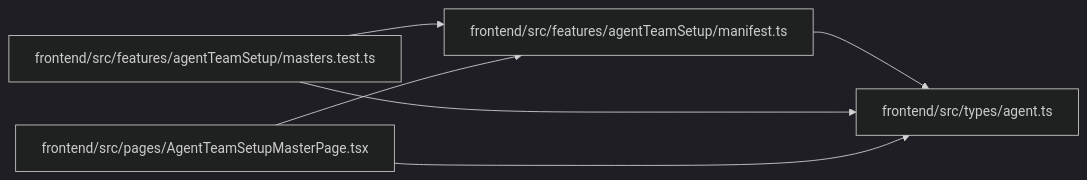
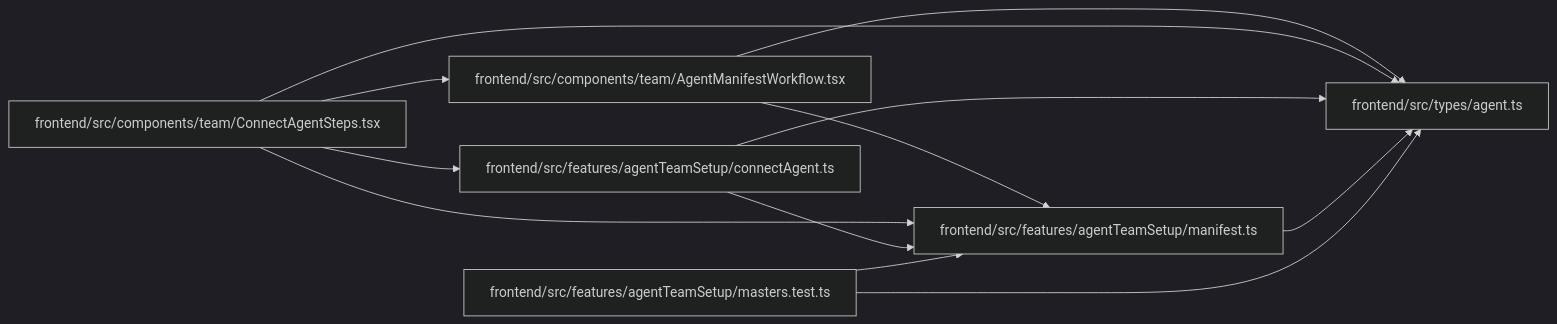
The diagram in docs/llm_wiki/modules/agentTeamSetup_manifest.md (Denissvgn/WorkChord), drawn with Mermaid (dark theme) before and after one commit. The commit also changed other lines of this file and 2373 other files, not shown here.

````diff
--- a/docs/llm_wiki/modules/agentTeamSetup_manifest.md
+++ b/docs/llm_wiki/modules/agentTeamSetup_manifest.md
@@ -28,16 +28,26 @@
 ```mermaid
 flowchart LR
-    n0["frontend/src/features/agentTeamSetup/manifest.ts"]
-    n1["frontend/src/features/agentTeamSetup/masters.test.ts"]
-    n2["frontend/src/pages/AgentTeamSetupMasterPage.tsx"]
-    n3["frontend/src/types/agent.ts"]
+    n0["frontend/src/components/team/AgentManifestWorkflow.tsx"]
+    n1["frontend/src/components/team/ConnectAgentSteps.tsx"]
+    n2["frontend/src/features/agentTeamSetup/connectAgent.ts"]
+    n3["frontend/src/features/agentTeamSetup/manifest.ts"]
+    n4["frontend/src/features/agentTeamSetup/masters.test.ts"]
+    n5["frontend/src/types/agent.ts"]
     n0 --> n3
+    n0 --> n5
     n1 --> n0
+    n1 --> n2
     n1 --> n3
-    n2 --> n0
+    n1 --> n5
     n2 --> n3
-    click n0 "../modules/agentTeamSetup_manifest.md"
-    click n1 "../modules/agentTeamSetup_masters.test.md"
-    click n2 "../modules/AgentTeamSetupMasterPage.md"
-    click n3 "../modules/types_agent.md"
+    n2 --> n5
+    n3 --> n5
+    n4 --> n3
+    n4 --> n5
+    click n0 "../modules/AgentManifestWorkflow.md"
+    click n1 "../modules/ConnectAgentSteps.md"
+    click n2 "../modules/connectAgent.md"
+    click n3 "../modules/agentTeamSetup_manifest.md"
+    click n4 "../modules/agentTeamSetup_masters.test.md"
+    click n5 "../modules/types_agent.md"
 ```
````
